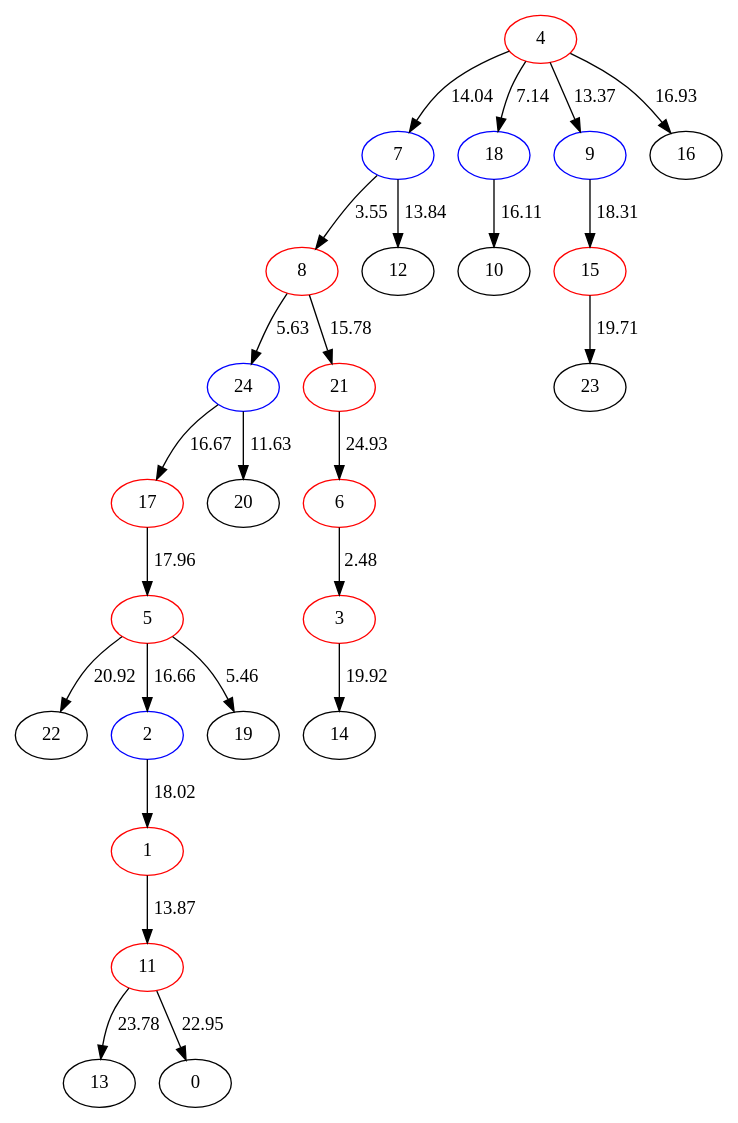
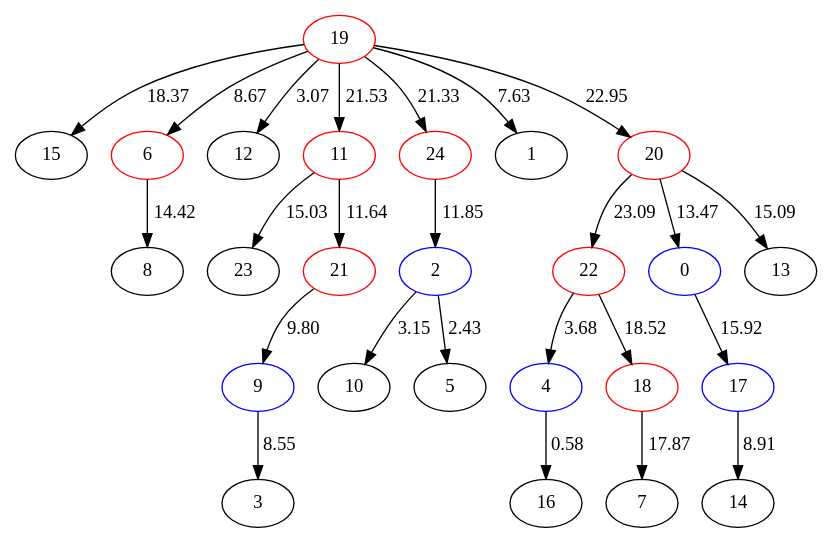
Before and after one commit to Aura9111/SteinerBA: the diagram in example/tree.dot, drawn with Graphviz. The commit also changed 20 other files, not shown here.

```diff
--- a/example/tree.dot
+++ b/example/tree.dot
@@ -1,50 +1,50 @@
 digraph {
-4[color=red]
-4->7[label=14.04]
-7[color=blue]
-7->8[label=3.55]
-8[color=red]
-8->24[label=5.63]
-24[color=blue]
-24->17[label=16.67]
-17[color=red]
-17->5[label=17.96]
-5[color=red]
-5->22[label=20.92]
-5[color=red]
-5->2[label=16.66]
+19[color=red]
+19->15[label=18.37]
+19[color=red]
+19->6[label=8.67]
+6[color=red]
+6->8[label=14.42]
+19[color=red]
+19->12[label=3.07]
+19[color=red]
+19->11[label=21.53]
+11[color=red]
+11->23[label=15.03]
+11[color=red]
+11->21[label=11.64]
+21[color=red]
+21->9[label=9.80]
+9[color=blue]
+9->3[label=8.55]
+19[color=red]
+19->24[label=21.33]
+24[color=red]
+24->2[label=11.85]
 2[color=blue]
-2->1[label=18.02]
-1[color=red]
-1->11[label=13.87]
-11[color=red]
-11->13[label=23.78]
-11[color=red]
-11->0[label=22.95]
-5[color=red]
-5->19[label=5.46]
-24[color=blue]
-24->20[label=11.63]
-8[color=red]
-8->21[label=15.78]
-21[color=red]
-21->6[label=24.93]
-6[color=red]
-6->3[label=2.48]
-3[color=red]
-3->14[label=19.92]
-7[color=blue]
-7->12[label=13.84]
-4[color=red]
-4->18[label=7.14]
-18[color=blue]
-18->10[label=16.11]
-4[color=red]
-4->9[label=13.37]
-9[color=blue]
-9->15[label=18.31]
-15[color=red]
-15->23[label=19.71]
-4[color=red]
-4->16[label=16.93]
+2->10[label=3.15]
+2[color=blue]
+2->5[label=2.43]
+19[color=red]
+19->1[label=7.63]
+19[color=red]
+19->20[label=22.95]
+20[color=red]
+20->22[label=23.09]
+22[color=red]
+22->4[label=3.68]
+4[color=blue]
+4->16[label=0.58]
+22[color=red]
+22->18[label=18.52]
+18[color=red]
+18->7[label=17.87]
+20[color=red]
+20->0[label=13.47]
+0[color=blue]
+0->17[label=15.92]
+17[color=blue]
+17->14[label=8.91]
+20[color=red]
+20->13[label=15.09]
 }
```
